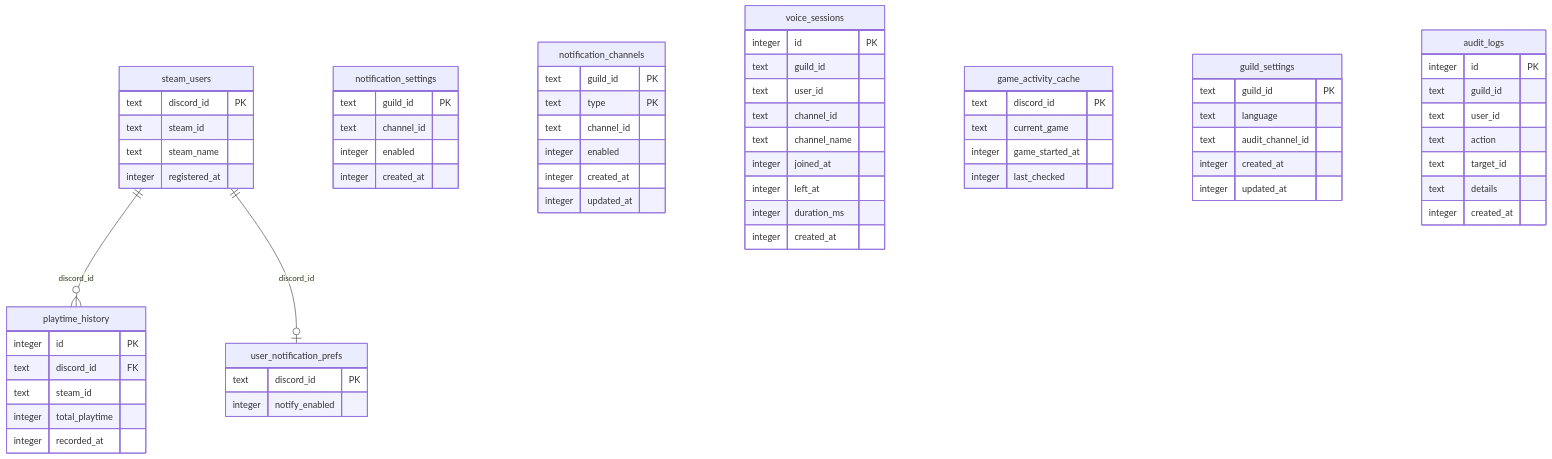
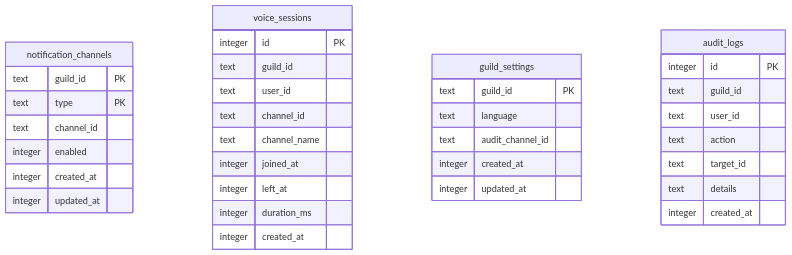
One commit to iam74k4/DiscordBot changed the diagram in docs/database.md. Above: the diagram before and after it, drawn with Mermaid. The commit also changed other lines of this file and 62 other files, not shown here.

````diff
--- a/docs/database.md
+++ b/docs/database.md
@@ -240,78 +169,41 @@
 ```mermaid
 erDiagram
-    steam_users ||--o{ playtime_history : "discord_id"
-    steam_users ||--o| user_notification_prefs : "discord_id"
-
-    steam_users {
-        text discord_id PK
-        text steam_id
-        text steam_name
-        integer registered_at
-    }
-
-    playtime_history {
-        integer id PK
-        text discord_id FK
-        text steam_id
-        integer total_playtime
-        integer recorded_at
-    }
-
-    notification_settings {
-        text guild_id PK
-        text channel_id
-        integer enabled
-        integer created_at
-    }
-
     notification_channels {
         text guild_id PK
         text type PK
         text channel_id
         integer enabled
         integer created_at
         integer updated_at
     }
 
     voice_sessions {
         integer id PK
         text guild_id
         text user_id
         text channel_id
         text channel_name
         integer joined_at
         integer left_at
         integer duration_ms
         integer created_at
     }
 
-    user_notification_prefs {
-        text discord_id PK
-        integer notify_enabled
-    }
-
-    game_activity_cache {
-        text discord_id PK
-        text current_game
-        integer game_started_at
-        integer last_checked
-    }
-
     guild_settings {
         text guild_id PK
         text language
         text audit_channel_id
         integer created_at
         integer updated_at
     }
 
     audit_logs {
         integer id PK
         text guild_id
         text user_id
         text action
         text target_id
         text details
         integer created_at
     }
 ```
````
